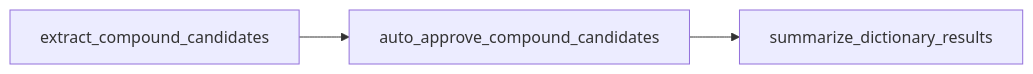
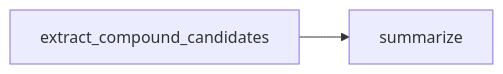
Before and after one commit to yeongmin-yu/news-trend-pipeline-dev: the second of 3 diagrams in docs/develop/Q3_AIRFLOW_DAG.md, drawn with Mermaid. The commit also changed other lines of this file, not shown here.

Commit message:
docs: update airflow dag for auto review separation

````diff
--- a/docs/develop/Q3_AIRFLOW_DAG.md
+++ b/docs/develop/Q3_AIRFLOW_DAG.md
@@ -314,5 +51,4 @@
 ```mermaid
 flowchart LR
-    A[extract_compound_candidates] --> B[auto_approve_compound_candidates]
-    B --> C[summarize_dictionary_results]
+    A[extract_compound_candidates] --> B[summarize]
 ```
````
